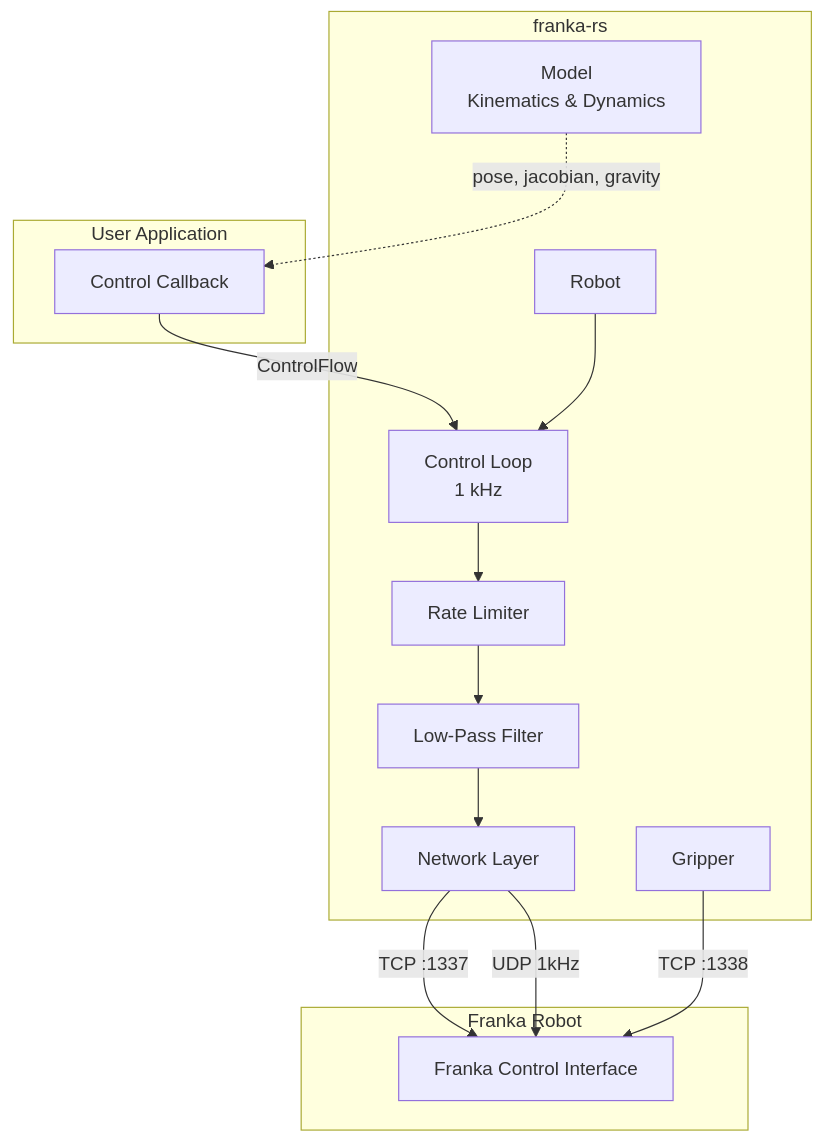
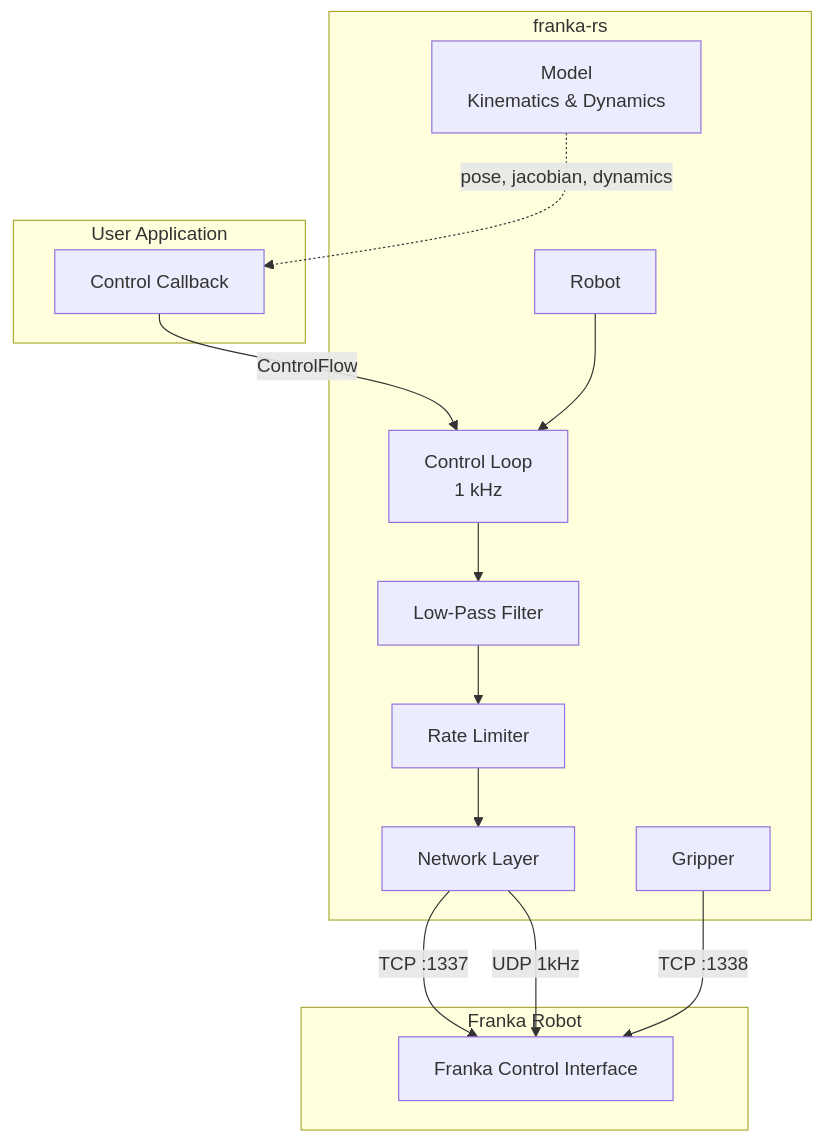
One commit to ColeTen/franka-rs changed the diagram in docs/src/introduction.md. Above: the diagram before and after it, drawn with Mermaid. The commit also changed other lines of this file and 43 other files, not shown here.

````diff
--- a/docs/src/introduction.md
+++ b/docs/src/introduction.md
@@ -17,30 +26,30 @@
 ```mermaid
 graph TB
     subgraph "User Application"
         APP[Control Callback]
     end
 
     subgraph "franka-rs"
         ROBOT[Robot]
         CL[Control Loop<br/>1 kHz]
+        LP[Low-Pass Filter]
         RL[Rate Limiter]
-        LP[Low-Pass Filter]
         NET[Network Layer]
         MODEL[Model<br/>Kinematics & Dynamics]
         GRIP[Gripper]
     end
 
     subgraph "Franka Robot"
         FCI[Franka Control Interface]
     end
 
     APP -->|ControlFlow| CL
     ROBOT --> CL
-    CL --> RL
-    RL --> LP
-    LP --> NET
+    CL --> LP
+    LP --> RL
+    RL --> NET
     NET -->|TCP :1337| FCI
     NET -->|UDP 1kHz| FCI
-    MODEL -.->|pose, jacobian, gravity| APP
+    MODEL -.->|pose, jacobian, dynamics| APP
     GRIP -->|TCP :1338| FCI
 ```
````
